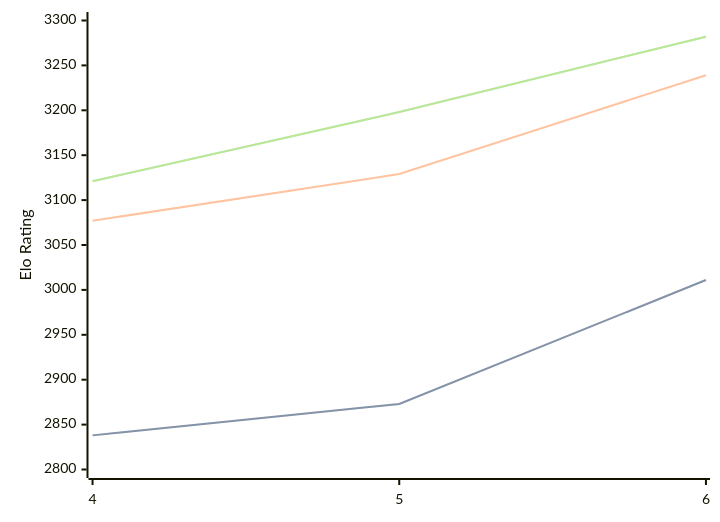
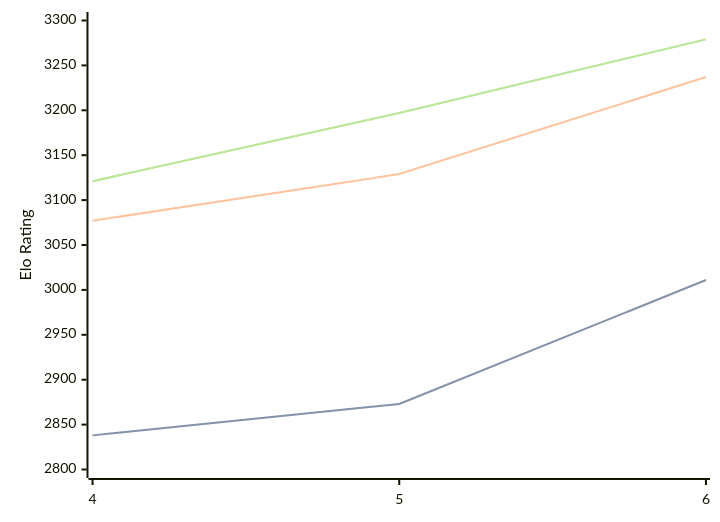
Before and after one commit to computer-chess-index/cci: the diagram in engines/Cwtch.md, drawn with Mermaid. The commit also changed other lines of this file, not shown here.

Commit message:
Update CCI Ratings (ELO VLTC) - 2026-07-28

````diff
--- a/engines/Cwtch.md
+++ b/engines/Cwtch.md
@@ -36,11 +36,11 @@
 ```mermaid
 %%{init: {"theme":"base","themeVariables":{"seriesColors:['#a3a3a3','#222221','#faa371']}}}%%
 xychart-beta
   x-axis ["4", "5", "6"]
   y-axis "Elo Rating" 2800 --> 3300
   line "STC (8.0+0.08s)" [2838, 2873, 3011]
   line "STC (8.0+0.08s)" [2838, 2873, 3011]
-  line "LTC (60.0+0.60s)" [3077, 3129, 3239]
-  line "VLTC (2m24s+1.12s)" [3121, 3198, 3282]
-  line "VLTC (2m24s+1.12s)" [3121, 3198, 3282]
+  line "LTC (60.0+0.60s)" [3077, 3129, 3237]
+  line "VLTC (2m24s+1.12s)" [3121, 3197, 3279]
+  line "VLTC (2m24s+1.12s)" [3121, 3197, 3279]
 ```
````
